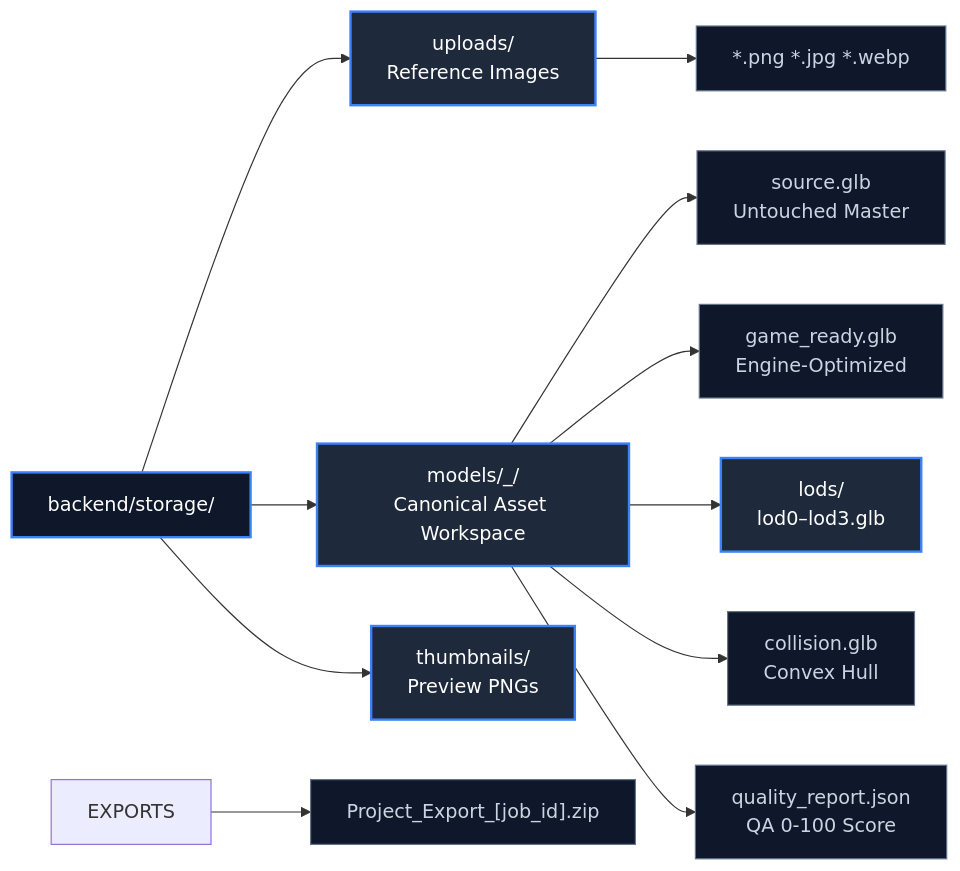
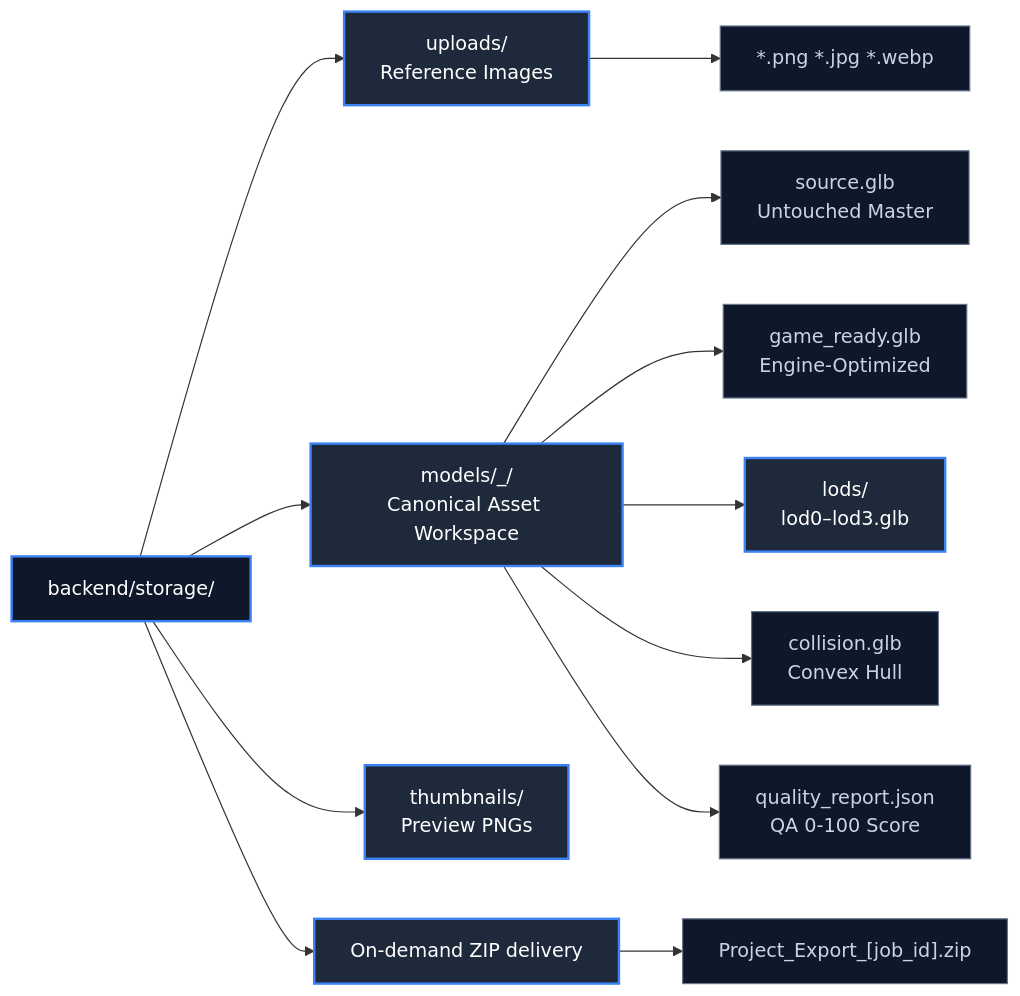
Before and after one commit to Silentzx2/ForMash3D: the third of 4 diagrams in Docs/ARCHITECTURE.md, drawn with Mermaid. The commit also changed other lines of this file and 9 other files, not shown here.

Commit message:
docs: fix remaining Mermaid rendering issue

````diff
--- a/Docs/ARCHITECTURE.md
+++ b/Docs/ARCHITECTURE.md
@@ -185,20 +186,21 @@
 ```mermaid
 flowchart LR
     classDef dir fill:#1e293b,stroke:#3b82f6,stroke-width:2px,color:#fff
     classDef file fill:#0f172a,stroke:#64748b,stroke-width:1px,color:#cbd5e1
 
     ROOT["backend/storage/"]:::dir --> UPLOADS["uploads/<br/>Reference Images"]:::dir
     ROOT --> MODELS["models/<asset_name>_<job_hash>/<br/>Canonical Asset Workspace"]:::dir
     ROOT --> THUMBS["thumbnails/<br/>Preview PNGs"]:::dir
+    ROOT --> DELIVERY["On-demand ZIP delivery"]:::dir
 
     MODELS --> SRC["source.glb<br/>Untouched Master"]:::file
     MODELS --> GAME["game_ready.glb<br/>Engine-Optimized"]:::file
     MODELS --> LODS["lods/<br/>lod0–lod3.glb"]:::dir
     MODELS --> COL["collision.glb<br/>Convex Hull"]:::file
     MODELS --> QA["quality_report.json<br/>QA 0-100 Score"]:::file
 
     UPLOADS --> IMG["*.png *.jpg *.webp"]:::file
-    EXPORTS --> ZIP["Project_Export_[job_id].zip"]:::file
+    DELIVERY --> ZIP["Project_Export_[job_id].zip"]:::file
 
     style ROOT fill:#0f172a
 ```
````
